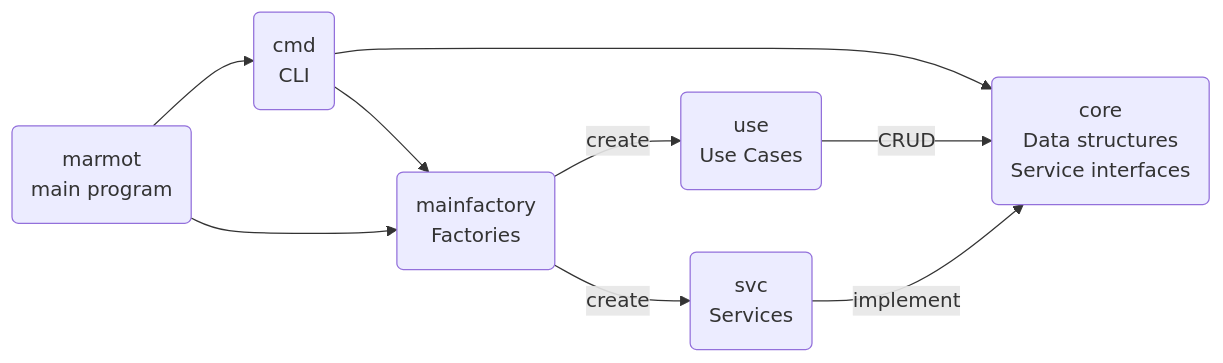
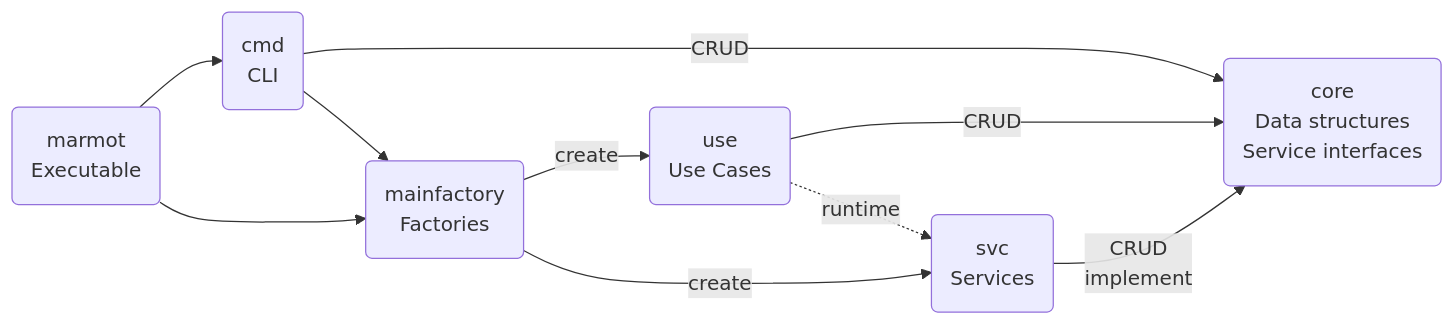
Before and after one commit to kkrull/marmot: the diagram in doc/decisions.md, drawn with Mermaid.

Commit message:
Add runtime dependency

````diff
--- a/doc/decisions.md
+++ b/doc/decisions.md
@@ -175,23 +175,24 @@
 ```mermaid
 graph LR
 
 %% Core and dependencies
 core(core<br/>Data structures<br/>Service interfaces)
 svc(svc<br/>Services)
 use(use<br/>Use Cases)
 
-svc -->|implement| core
+svc -->|CRUD<br/>implement| core
 use -->|CRUD| core
+use -.->|runtime| svc
 
 %% Main program
 cmd(cmd<br/>CLI)
 mainfactory(mainfactory<br/>Factories)
-marmot(marmot<br/>main program)
+marmot(marmot<br/>Executable)
 
-cmd --> core
+cmd -->|CRUD| core
 cmd --> mainfactory
 mainfactory -->|create| use
 mainfactory -->|create| svc
 marmot --> cmd
 marmot --> mainfactory
 ```
````
